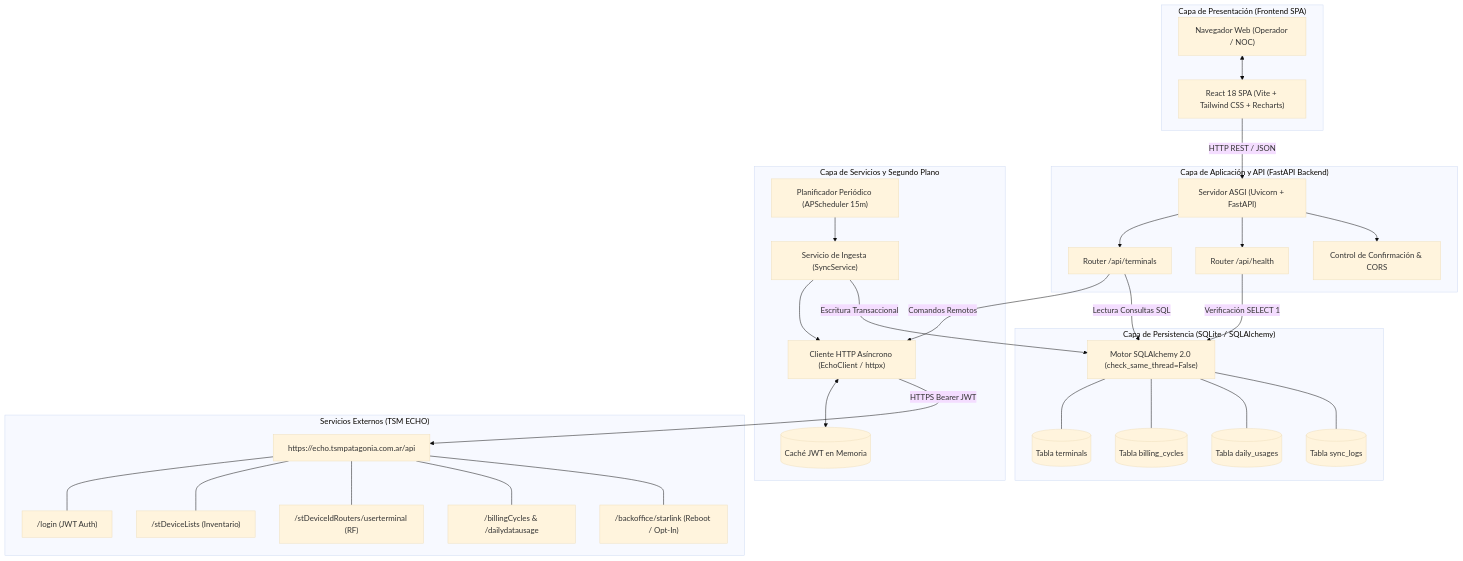
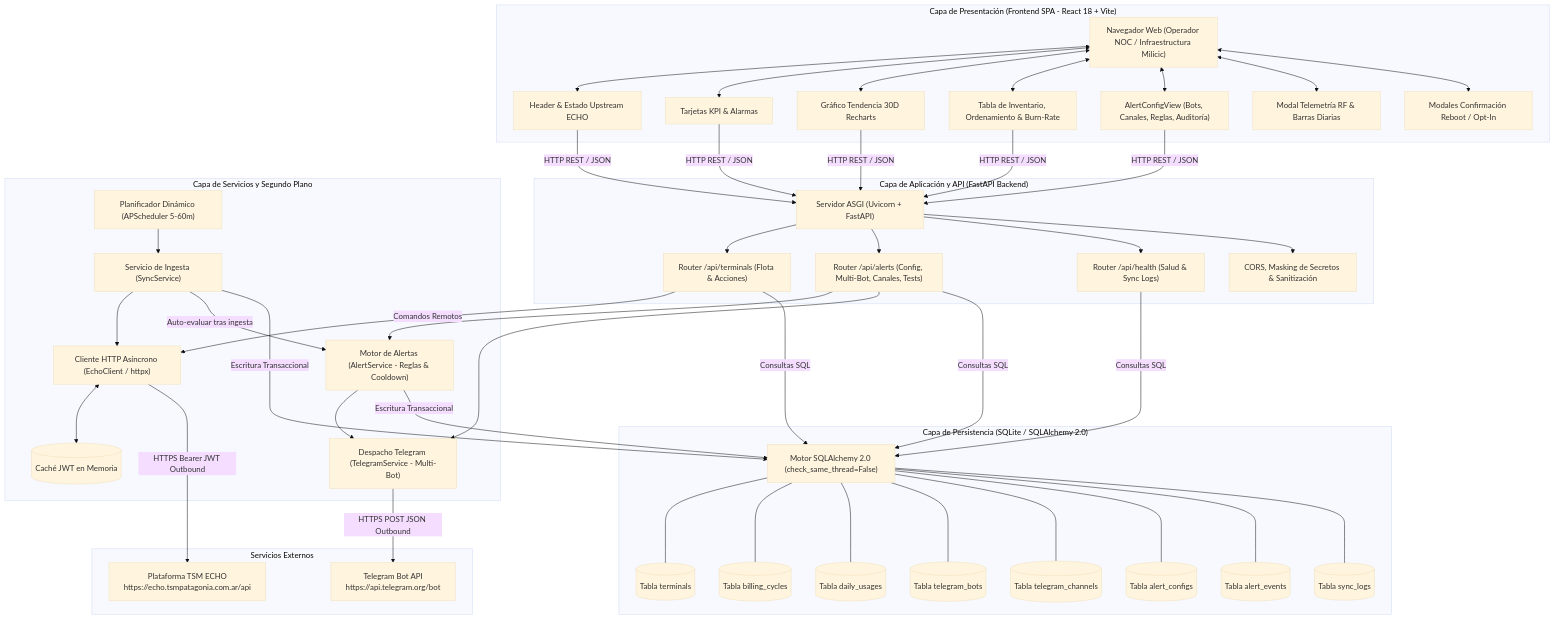
The first of 3 diagrams in docs/ARCHITECTURE.md (larentimatias7-oss/startlnk), drawn with Mermaid (base theme) before and after one commit. The commit also changed other lines of this file and 4 other files, not shown here.

````diff
--- a/docs/ARCHITECTURE.md
+++ b/docs/ARCHITECTURE.md
@@ -21,65 +22,84 @@
 ```mermaid
 flowchart TB
-    subgraph ClientTier ["Capa de Presentación (Frontend SPA)"]
-        Browser["Navegador Web (Operador / NOC)"]
-        ReactApp["React 18 SPA (Vite + Tailwind CSS + Recharts)"]
-        Browser <--> ReactApp
+    subgraph ClientTier ["Capa de Presentación (Frontend SPA - React 18 + Vite)"]
+        Browser["Navegador Web (Operador NOC / Infraestructura Milicic)"]
+        Header["Header & Estado Upstream ECHO"]
+        KPIs["Tarjetas KPI & Alarmas"]
+        TrendChart["Gráfico Tendencia 30D Recharts"]
+        FleetTable["Tabla de Inventario, Ordenamiento & Burn-Rate"]
+        TerminalDetail["Modal Telemetría RF & Barras Diarias"]
+        AlertsView["AlertConfigView (Bots, Canales, Reglas, Auditoría)"]
+        Modals["Modales Confirmación Reboot / Opt-In"]
+        
+        Browser <--> Header
+        Browser <--> KPIs
+        Browser <--> TrendChart
+        Browser <--> FleetTable
+        Browser <--> AlertsView
+        Browser <--> TerminalDetail
+        Browser <--> Modals
     end
 
     subgraph APITier ["Capa de Aplicación y API (FastAPI Backend)"]
         FastAPIServer["Servidor ASGI (Uvicorn + FastAPI)"]
-        RouterTerminals["Router /api/terminals"]
-        RouterHealth["Router /api/health"]
-        SecurityLayer["Control de Confirmación & CORS"]
+        RouterTerminals["Router /api/terminals (Flota & Acciones)"]
+        RouterAlerts["Router /api/alerts (Config, Multi-Bot, Canales, Tests)"]
+        RouterHealth["Router /api/health (Salud & Sync Logs)"]
+        SecurityLayer["CORS, Masking de Secretos & Sanitización"]
         
         FastAPIServer --> RouterTerminals
+        FastAPIServer --> RouterAlerts
         FastAPIServer --> RouterHealth
         FastAPIServer --> SecurityLayer
     end
 
     subgraph ServiceTier ["Capa de Servicios y Segundo Plano"]
-        Scheduler["Planificador Periódico (APScheduler 15m)"]
+        Scheduler["Planificador Dinámico (APScheduler 5-60m)"]
         SyncService["Servicio de Ingesta (SyncService)"]
+        AlertService["Motor de Alertas (AlertService - Reglas & Cooldown)"]
+        TelegramService["Despacho Telegram (TelegramService - Multi-Bot)"]
         EchoClient["Cliente HTTP Asíncrono (EchoClient / httpx)"]
         TokenCache[("Caché JWT en Memoria")]
 
         Scheduler --> SyncService
         SyncService --> EchoClient
+        SyncService -->|Auto-evaluar tras ingesta| AlertService
+        AlertService --> TelegramService
         RouterTerminals -->|Comandos Remotos| EchoClient
+        RouterAlerts --> AlertService
+        RouterAlerts --> TelegramService
         EchoClient <--> TokenCache
     end
 
-    subgraph DataTier ["Capa de Persistencia (SQLite / SQLAlchemy)"]
+    subgraph DataTier ["Capa de Persistencia (SQLite / SQLAlchemy 2.0)"]
         DBEngine["Motor SQLAlchemy 2.0 (check_same_thread=False)"]
         TableTerminals[("Tabla terminals")]
         TableCycles[("Tabla billing_cycles")]
         TableUsages[("Tabla daily_usages")]
+        TableBots[("Tabla telegram_bots")]
+        TableChannels[("Tabla telegram_channels")]
+        TableConfig[("Tabla alert_configs")]
+        TableEvents[("Tabla alert_events")]
         TableLogs[("Tabla sync_logs")]
 
         DBEngine --- TableTerminals
         DBEngine --- TableCycles
         DBEngine --- TableUsages
+        DBEngine --- TableBots
+        DBEngine --- TableChannels
+        DBEngine --- TableConfig
+        DBEngine --- TableEvents
         DBEngine --- TableLogs
     end
 
-    subgraph UpstreamTier ["Servicios Externos (TSM ECHO)"]
-        EchoAPI["https://echo.tsmpatagonia.com.ar/api"]
-        AuthService["/login (JWT Auth)"]
-        FleetService["/stDeviceLists (Inventario)"]
-        TelemetryService["/stDeviceIdRouters/userterminal (RF)"]
-        BillingService["/billingCycles & /dailydatausage"]
-        BackofficeService["/backoffice/starlink (Reboot / Opt-In)"]
-
-        EchoAPI --- AuthService
-        EchoAPI --- FleetService
-        EchoAPI --- TelemetryService
-        EchoAPI --- BillingService
-        EchoAPI --- BackofficeService
+    subgraph ExternalServices ["Servicios Externos"]
+        EchoAPI["Plataforma TSM ECHO\nhttps://echo.tsmpatagonia.com.ar/api"]
+        TelegramAPI["Telegram Bot API\nhttps://api.telegram.org/bot<token>"]
     end
 
-    ReactApp -->|HTTP REST / JSON| FastAPIServer
-    RouterTerminals -->|Lectura Consultas SQL| DBEngine
-    RouterHealth -->|Verificación SELECT 1| DBEngine
-    SyncService -->|Escritura Transaccional| DBEngine
-    EchoClient -->|HTTPS Bearer JWT| EchoAPI
+    Header & KPIs & TrendChart & FleetTable & AlertsView -->|HTTP REST / JSON| FastAPIServer
+    RouterTerminals & RouterAlerts & RouterHealth -->|Consultas SQL| DBEngine
+    SyncService & AlertService -->|Escritura Transaccional| DBEngine
+    EchoClient -->|HTTPS Bearer JWT Outbound| EchoAPI
+    TelegramService -->|HTTPS POST JSON Outbound| TelegramAPI
 ```
````
